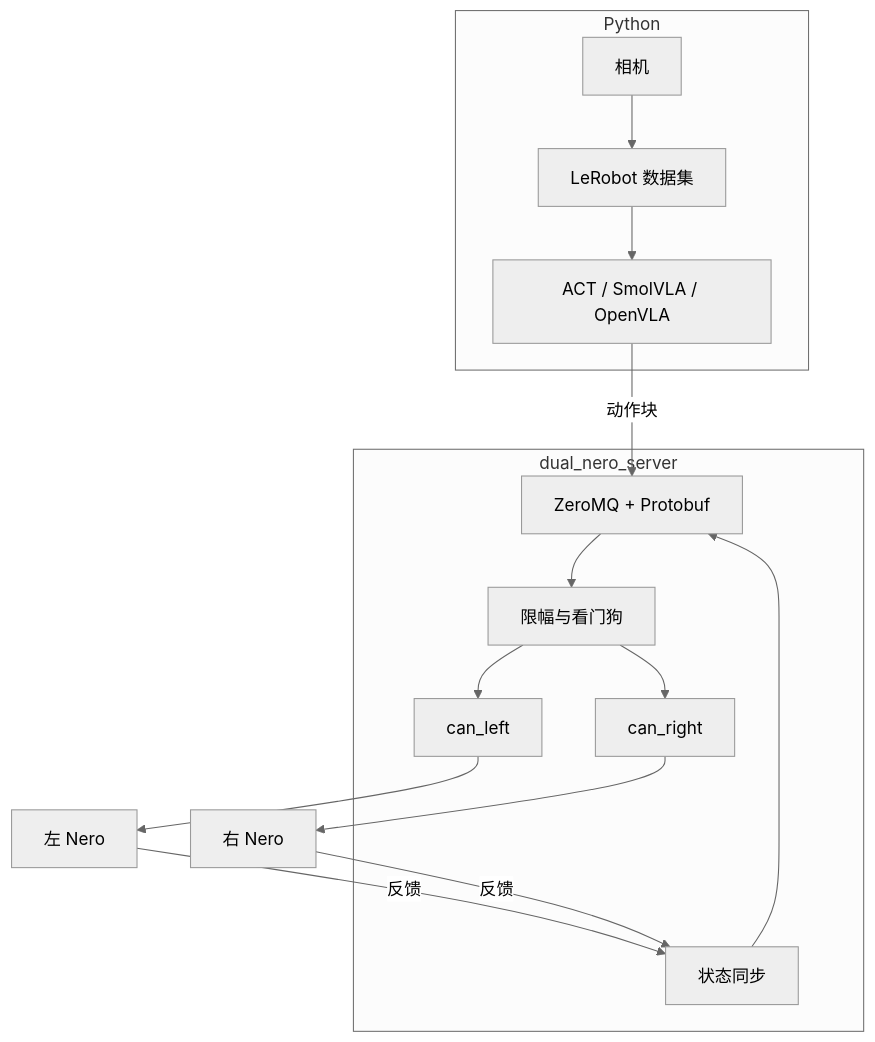
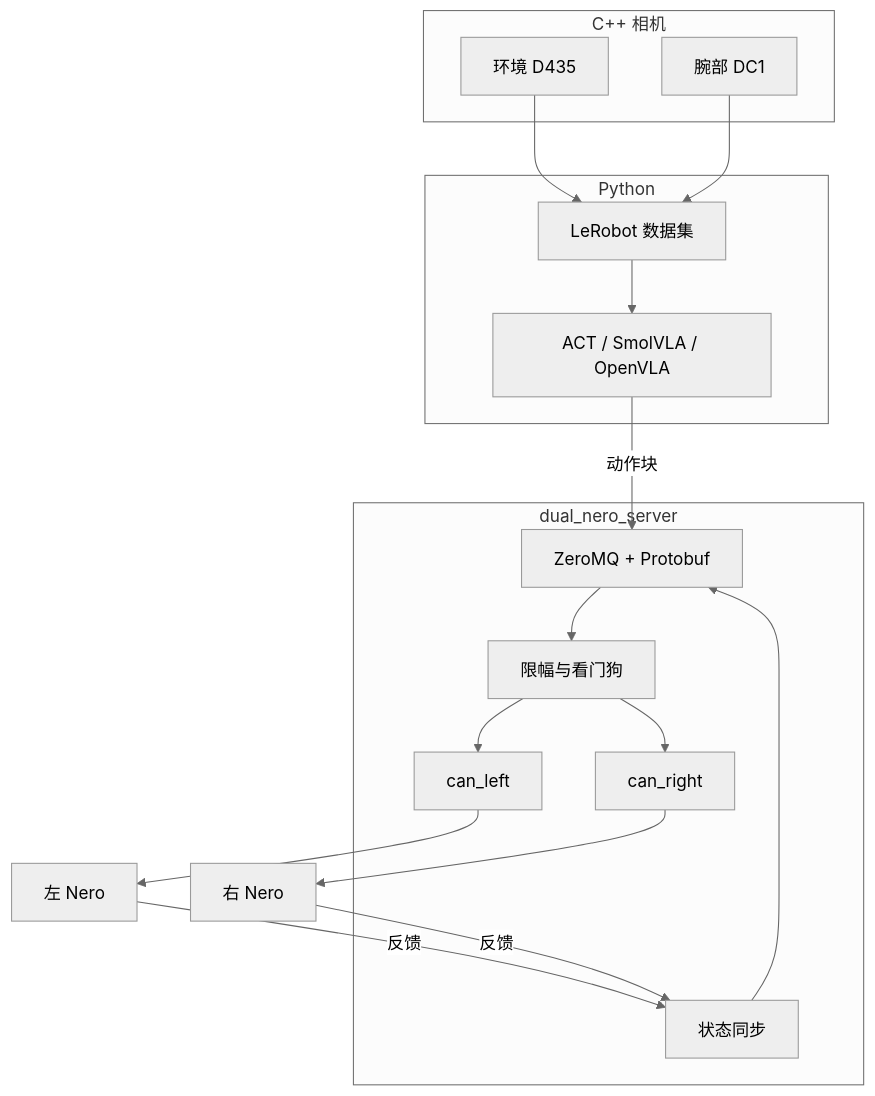
One commit to Louis-24000614/Dual_Nero_Vla changed the second of 2 diagrams in README.md. Above: the diagram before and after it, drawn with Mermaid (neutral theme). The commit also changed other lines of this file and 31 other files, not shown here.

````diff
--- a/README.md
+++ b/README.md
@@ -47,23 +58,30 @@
 ```mermaid
 flowchart TB
+  subgraph cam ["C++ 相机"]
+    env["环境 D435"]
+    wrist["腕部 DC1"]
+  end
   subgraph py ["Python"]
-    cameras["相机"] --> dataset["LeRobot 数据集"]
-    dataset --> policy["ACT / SmolVLA / OpenVLA"]
+    dataset["LeRobot 数据集"]
+    policy["ACT / SmolVLA / OpenVLA"]
   end
   subgraph cpp ["dual_nero_server"]
     ipc["ZeroMQ + Protobuf"]
     pipeline["限幅与看门狗"]
     canL["can_left"]
     canR["can_right"]
     sync["状态同步"]
     ipc --> pipeline
     pipeline --> canL
     pipeline --> canR
     sync --> ipc
   end
+  env --> dataset
+  wrist --> dataset
+  dataset --> policy
   policy -->|"动作块"| ipc
   canL --> leftArm["左 Nero"]
   canR --> rightArm["右 Nero"]
   leftArm -->|"反馈"| sync
   rightArm -->|"反馈"| sync
 ```
````
